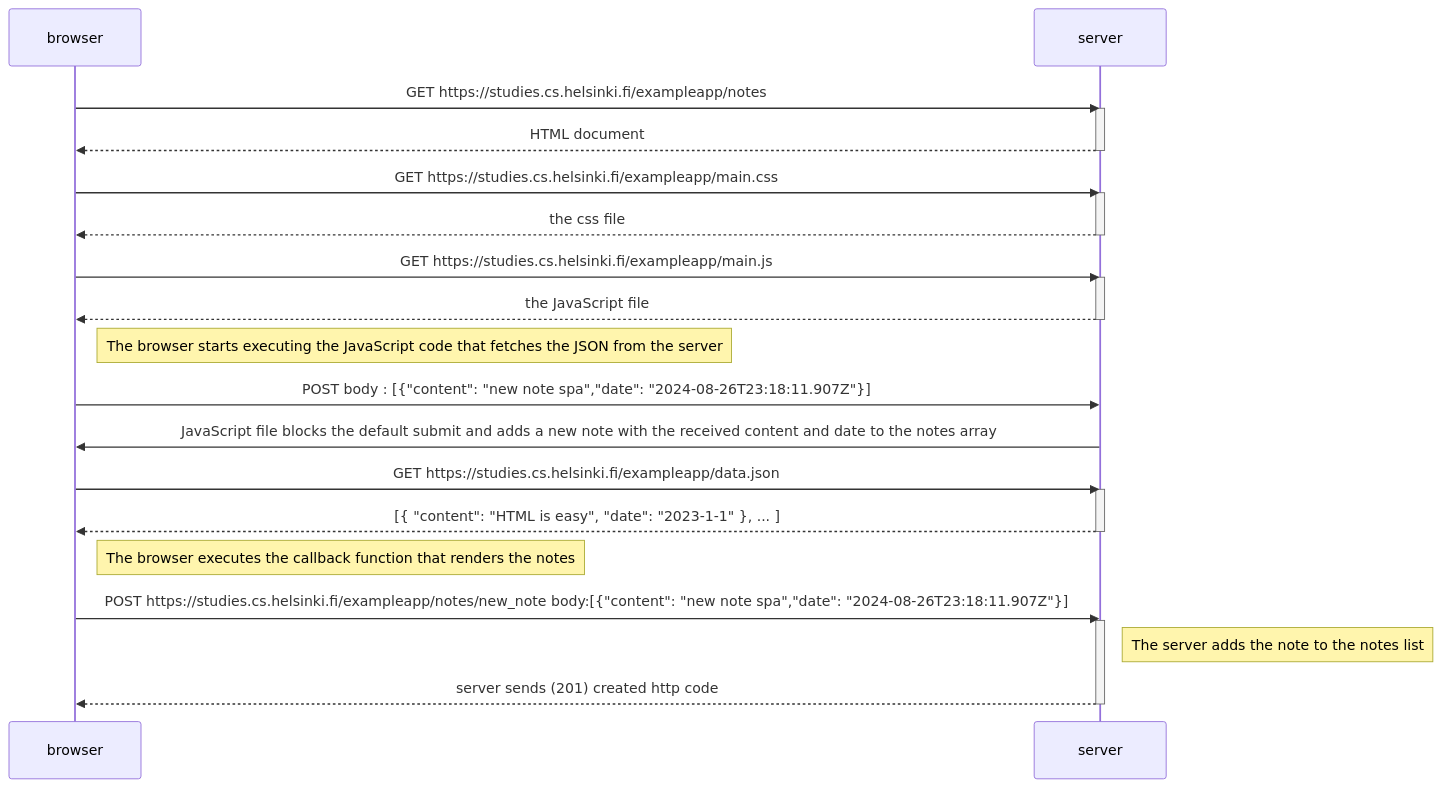
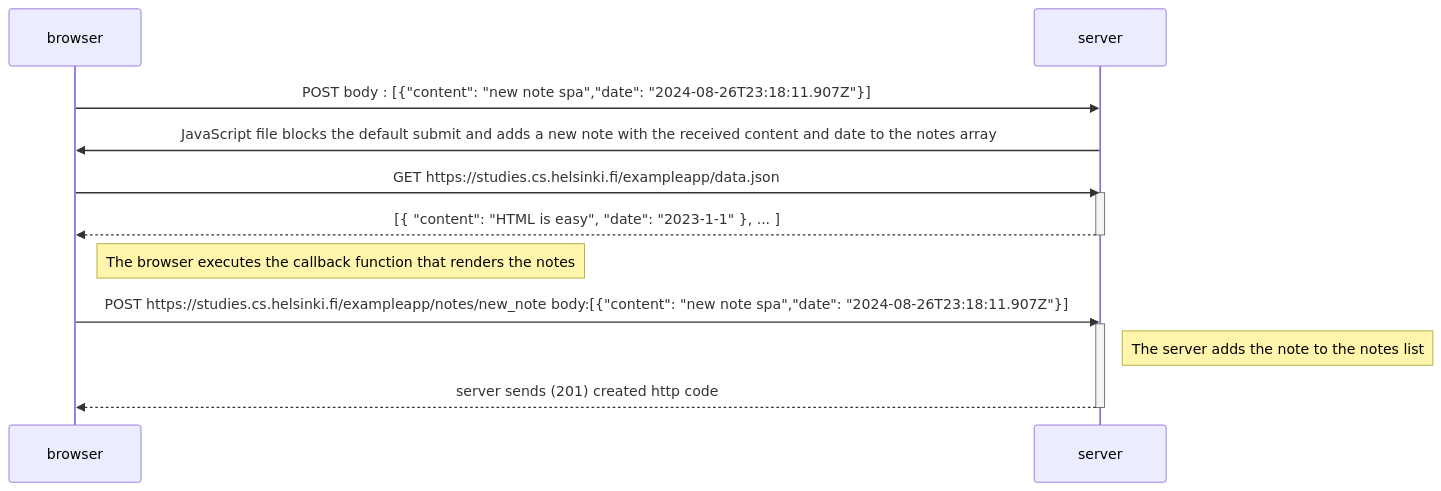
The diagram in part0/exercise_0_6.md (boularakSaraManel/FullStackOpen), drawn with Mermaid before and after one commit.

Commit message:
final commit exercice_0_6

````diff
--- a/part0/exercise_0_6.md
+++ b/part0/exercise_0_6.md
@@ -1,39 +1,22 @@
 ```mermaid
 sequenceDiagram
     participant browser
     participant server
-
-    browser->>server: GET https://studies.cs.helsinki.fi/exampleapp/notes
-    activate server
-    server-->>browser: HTML document
-    deactivate server
-
-    browser->>server: GET https://studies.cs.helsinki.fi/exampleapp/main.css
-    activate server
-    server-->>browser: the css file
-    deactivate server
-
-    browser->>server: GET https://studies.cs.helsinki.fi/exampleapp/main.js
-    activate server
-    server-->>browser: the JavaScript file
-    deactivate server
-
-    Note right of browser: The browser starts executing the JavaScript code that fetches the JSON from the server
 
     browser->>server: POST body : [{"content": "new note spa","date": "2024-08-26T23:18:11.907Z"}] 
     server->>browser: JavaScript file blocks the default submit and adds a new note with the received content and date to the notes array
 
     browser->>server: GET https://studies.cs.helsinki.fi/exampleapp/data.json
     activate server
     server-->>browser: [{ "content": "HTML is easy", "date": "2023-1-1" }, ... ]
     deactivate server
 
     Note right of browser: The browser executes the callback function that renders the notes
 
     browser->>server: POST https://studies.cs.helsinki.fi/exampleapp/notes/new_note body:[{"content": "new note spa","date": "2024-08-26T23:18:11.907Z"}] 
     activate server
     Note right of server: The server adds the note to the notes list
     server-->>browser: server sends (201) created http code 
     deactivate server
 
 ```
````
